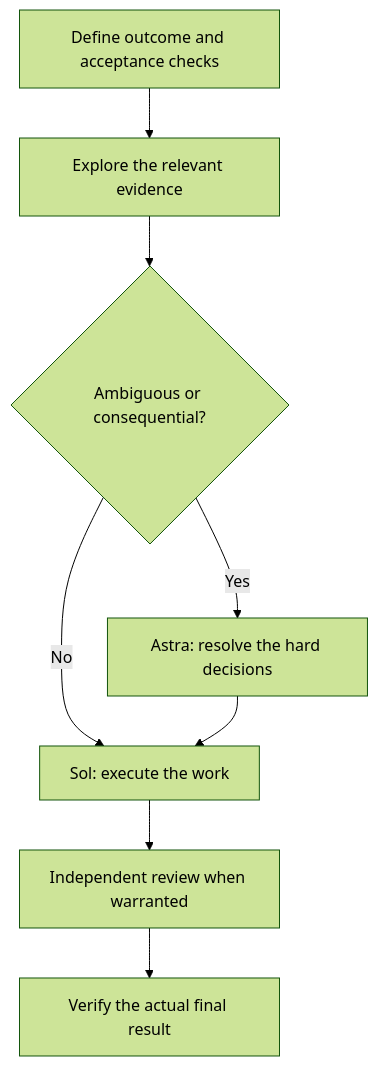
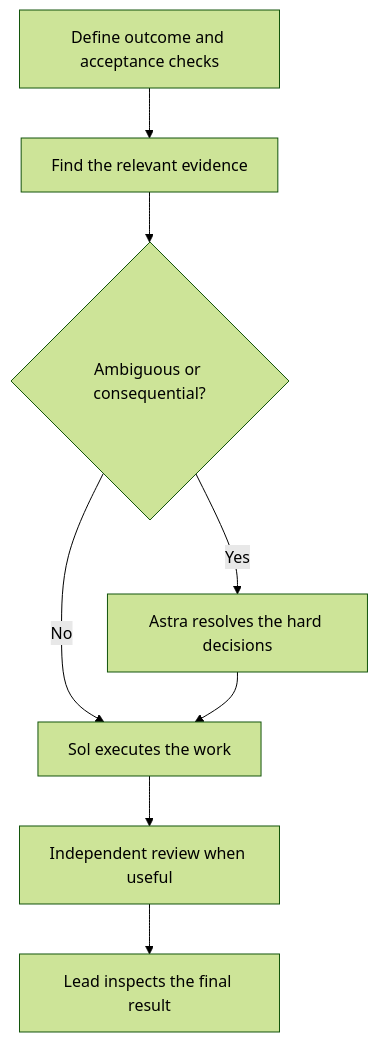
The diagram in README.md (dextee/chatgpt-agent-team-guide), drawn with Mermaid (forest theme) before and after one commit. The commit also changed other lines of this file and 43 other files, not shown here.

````diff
--- a/README.md
+++ b/README.md
@@ -66,10 +96,10 @@
 ```mermaid
 flowchart TD
-    A[Define outcome and acceptance checks] --> B[Explore the relevant evidence]
+    A[Define outcome and acceptance checks] --> B[Find the relevant evidence]
     B --> C{Ambiguous or consequential?}
-    C -->|Yes| D[Astra: resolve the hard decisions]
-    C -->|No| E[Sol: execute the work]
+    C -->|Yes| D[Astra resolves the hard decisions]
+    C -->|No| E[Sol executes the work]
     D --> E
-    E --> F[Independent review when warranted]
-    F --> G[Verify the actual final result]
+    E --> F[Independent review when useful]
+    F --> G[Lead inspects the final result]
 ```
````
